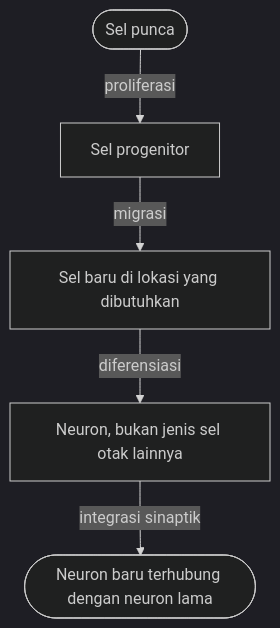
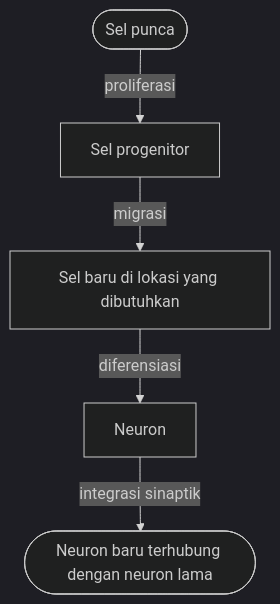
One commit to belajarcarabelajar/dawnbook changed the diagram in books/neuroplastisitas-dalam-belajar/src/content/05_neurogenesis-kelahiran-sel-saraf-baru.md. Above: the diagram before and after it, drawn with Mermaid (dark theme). The commit also changed 7 other files, not shown here.

Commit message:
fix(books): drop bukan from two mermaid nodes; close two premium plans

````diff
--- a/books/neuroplastisitas-dalam-belajar/src/content/05_neurogenesis-kelahiran-sel-saraf-baru.md
+++ b/books/neuroplastisitas-dalam-belajar/src/content/05_neurogenesis-kelahiran-sel-saraf-baru.md
@@ -60,9 +60,9 @@
 ```mermaid
 flowchart TD
     accTitle: Dari sel punca ke neuron fungsional
     accDescr: Sel punca membelah diri menjadi sel progenitor lewat proliferasi, sel baru bermigrasi ke lokasi yang dibutuhkan, berdiferensiasi menjadi neuron, lalu lewat integrasi sinaptik menumbuhkan dendrit dan akson untuk terhubung dengan neuron lama.
     S(["Sel punca"]) -->|"proliferasi"| P["Sel progenitor"]
     P -->|"migrasi"| M["Sel baru di lokasi yang dibutuhkan"]
-    M -->|"diferensiasi"| D["Neuron, bukan jenis sel otak lainnya"]
+    M -->|"diferensiasi"| D["Neuron"]
     D -->|"integrasi sinaptik"| N(["Neuron baru terhubung dengan neuron lama"])
 ```
````
